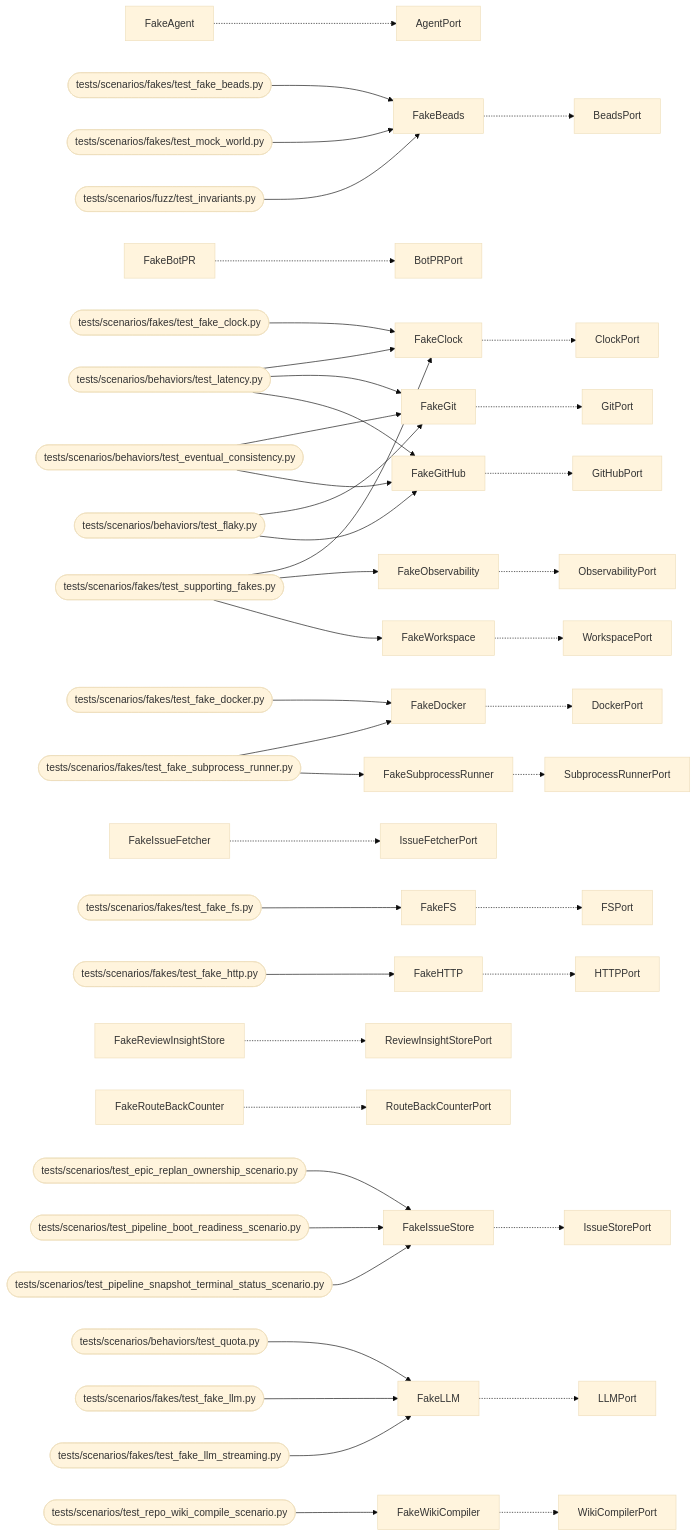
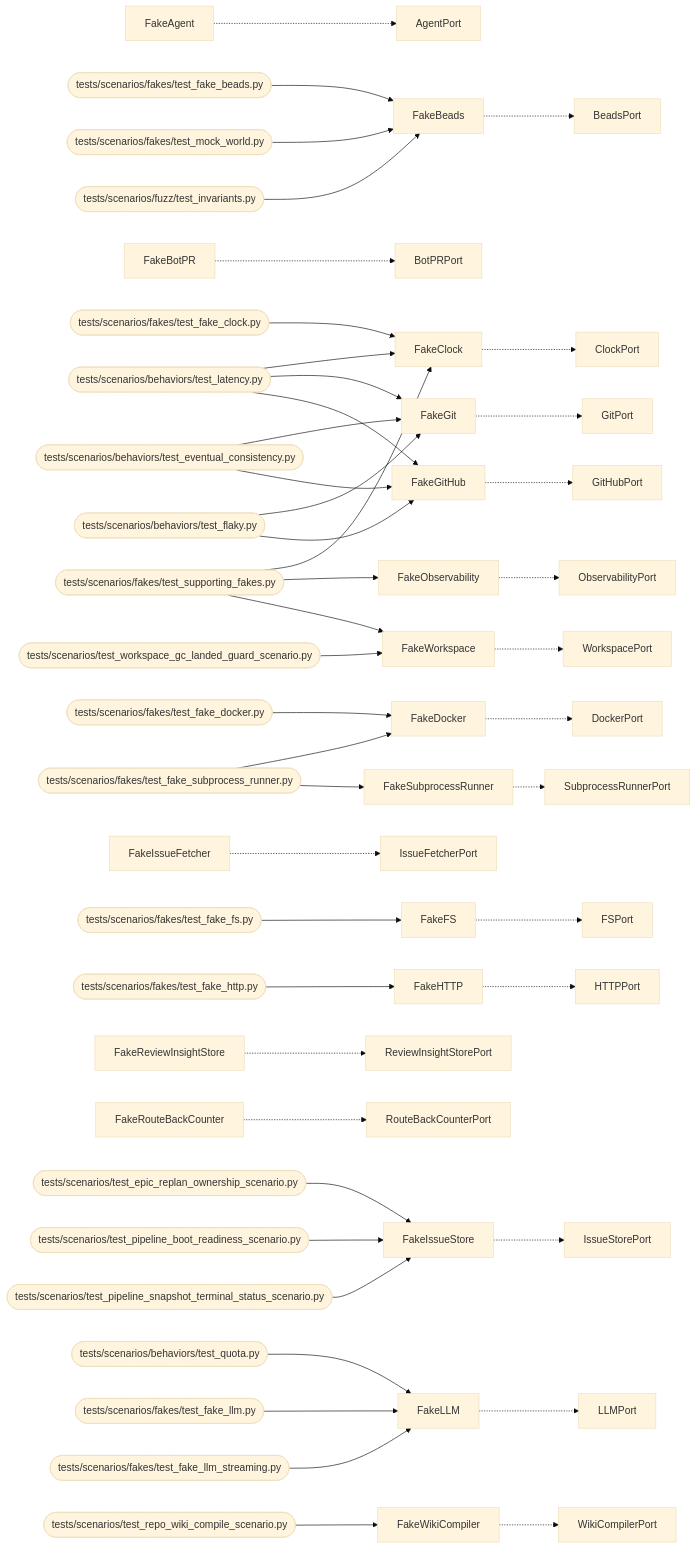
The diagram in docs/arch/generated/mockworld.md (T-rav/hydraflow), drawn with Mermaid (base theme) before and after one commit. The commit also changed other lines of this file and 25 other files, not shown here.

First line of the commit message:
fix(workspace-gc): prove exact HEAD landed before cleanup (#11530)

````diff
--- a/docs/arch/generated/mockworld.md
+++ b/docs/arch/generated/mockworld.md
@@ -32,47 +32,48 @@
 ```mermaid
 graph LR
     FakeAgent -.-> AgentPort
     FakeBeads -.-> BeadsPort
     tests_scenarios_fakes_test_fake_beads_py([tests/scenarios/fakes/test_fake_beads.py]) --> FakeBeads
     tests_scenarios_fakes_test_mock_world_py([tests/scenarios/fakes/test_mock_world.py]) --> FakeBeads
     tests_scenarios_fuzz_test_invariants_py([tests/scenarios/fuzz/test_invariants.py]) --> FakeBeads
     FakeBotPR -.-> BotPRPort
     FakeClock -.-> ClockPort
     tests_scenarios_behaviors_test_latency_py([tests/scenarios/behaviors/test_latency.py]) --> FakeClock
     tests_scenarios_fakes_test_fake_clock_py([tests/scenarios/fakes/test_fake_clock.py]) --> FakeClock
     tests_scenarios_fakes_test_supporting_fakes_py([tests/scenarios/fakes/test_supporting_fakes.py]) --> FakeClock
     FakeDocker -.-> DockerPort
     tests_scenarios_fakes_test_fake_docker_py([tests/scenarios/fakes/test_fake_docker.py]) --> FakeDocker
     tests_scenarios_fakes_test_fake_subprocess_runner_py([tests/scenarios/fakes/test_fake_subprocess_runner.py]) --> FakeDocker
     FakeFS -.-> FSPort
     tests_scenarios_fakes_test_fake_fs_py([tests/scenarios/fakes/test_fake_fs.py]) --> FakeFS
     FakeGit -.-> GitPort
     tests_scenarios_behaviors_test_eventual_consistency_py([tests/scenarios/behaviors/test_eventual_consistency.py]) --> FakeGit
     tests_scenarios_behaviors_test_flaky_py([tests/scenarios/behaviors/test_flaky.py]) --> FakeGit
     tests_scenarios_behaviors_test_latency_py([tests/scenarios/behaviors/test_latency.py]) --> FakeGit
     FakeGitHub -.-> GitHubPort
     tests_scenarios_behaviors_test_eventual_consistency_py([tests/scenarios/behaviors/test_eventual_consistency.py]) --> FakeGitHub
     tests_scenarios_behaviors_test_flaky_py([tests/scenarios/behaviors/test_flaky.py]) --> FakeGitHub
     tests_scenarios_behaviors_test_latency_py([tests/scenarios/behaviors/test_latency.py]) --> FakeGitHub
     FakeHTTP -.-> HTTPPort
     tests_scenarios_fakes_test_fake_http_py([tests/scenarios/fakes/test_fake_http.py]) --> FakeHTTP
     FakeIssueFetcher -.-> IssueFetcherPort
     FakeIssueStore -.-> IssueStorePort
     tests_scenarios_test_epic_replan_ownership_scenario_py([tests/scenarios/test_epic_replan_ownership_scenario.py]) --> FakeIssueStore
     tests_scenarios_test_pipeline_boot_readiness_scenario_py([tests/scenarios/test_pipeline_boot_readiness_scenario.py]) --> FakeIssueStore
     tests_scenarios_test_pipeline_snapshot_terminal_status_scenario_py([tests/scenarios/test_pipeline_snapshot_terminal_status_scenario.py]) --> FakeIssueStore
     FakeLLM -.-> LLMPort
     tests_scenarios_behaviors_test_quota_py([tests/scenarios/behaviors/test_quota.py]) --> FakeLLM
     tests_scenarios_fakes_test_fake_llm_py([tests/scenarios/fakes/test_fake_llm.py]) --> FakeLLM
     tests_scenarios_fakes_test_fake_llm_streaming_py([tests/scenarios/fakes/test_fake_llm_streaming.py]) --> FakeLLM
     FakeObservability -.-> ObservabilityPort
     tests_scenarios_fakes_test_supporting_fakes_py([tests/scenarios/fakes/test_supporting_fakes.py]) --> FakeObservability
     FakeReviewInsightStore -.-> ReviewInsightStorePort
     FakeRouteBackCounter -.-> RouteBackCounterPort
     FakeSubprocessRunner -.-> SubprocessRunnerPort
     tests_scenarios_fakes_test_fake_subprocess_runner_py([tests/scenarios/fakes/test_fake_subprocess_runner.py]) --> FakeSubprocessRunner
     FakeWikiCompiler -.-> WikiCompilerPort
     tests_scenarios_test_repo_wiki_compile_scenario_py([tests/scenarios/test_repo_wiki_compile_scenario.py]) --> FakeWikiCompiler
     FakeWorkspace -.-> WorkspacePort
     tests_scenarios_fakes_test_supporting_fakes_py([tests/scenarios/fakes/test_supporting_fakes.py]) --> FakeWorkspace
+    tests_scenarios_test_workspace_gc_landed_guard_scenario_py([tests/scenarios/test_workspace_gc_landed_guard_scenario.py]) --> FakeWorkspace
 ```
````
